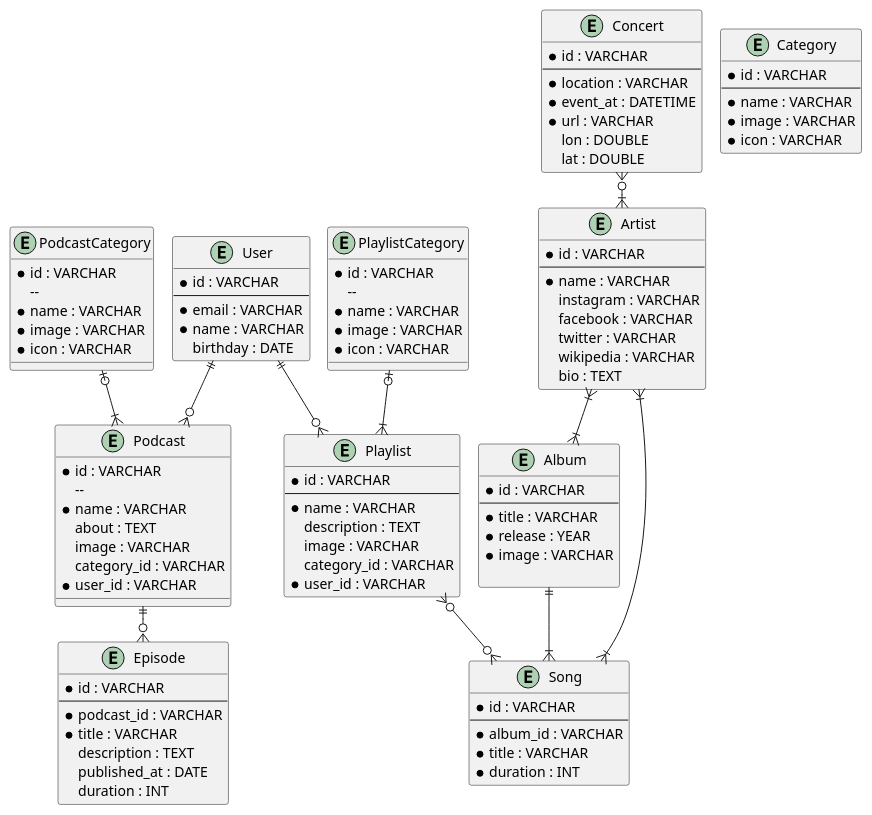
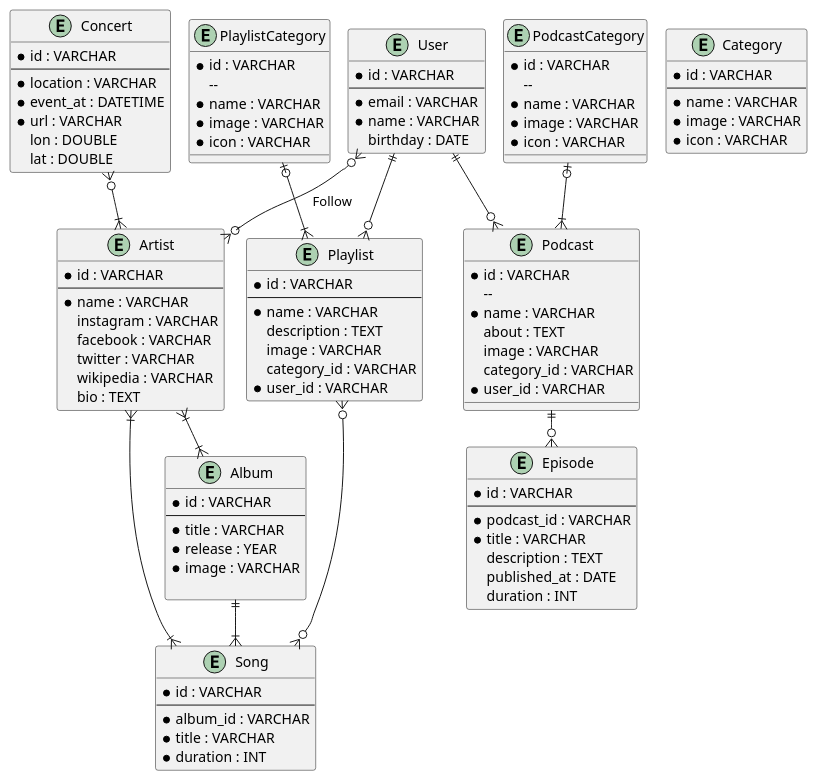
The diagram in spotify.puml (fkresna23/database-design-spotify), drawn with PlantUML before and after one commit.

Commit message:
Relasi Entity Follow Artist

```diff
--- a/spotify.puml
+++ b/spotify.puml
@@ -1,118 +1,120 @@
 @startuml
 !pragma layout smetana
 entity Artist {
     * id : VARCHAR
     --
     * name : VARCHAR
     instagram : VARCHAR
     facebook : VARCHAR
     twitter : VARCHAR
     wikipedia : VARCHAR
     bio : TEXT
 }
 
 entity Album {
     * id : VARCHAR
     --
     * title : VARCHAR
     * release : YEAR
     * image : VARCHAR
 
 }
 
 entity Song {
     * id : VARCHAR
     --
     * album_id : VARCHAR
     * title : VARCHAR
     * duration : INT
 }
 
 entity Category {
     * id : VARCHAR
     --
     * name : VARCHAR
     * image : VARCHAR
     * icon : VARCHAR
 }
 
 entity Playlist {
     * id : VARCHAR
     --
     * name : VARCHAR
     description : TEXT
     image : VARCHAR
     category_id : VARCHAR
     * user_id : VARCHAR
 }
 
 entity PlaylistCategory {
      * id : VARCHAR
         --
      * name : VARCHAR
      * image : VARCHAR
      * icon : VARCHAR
 }
 
 entity PodcastCategory {
      * id : VARCHAR
         --
      * name : VARCHAR
      * image : VARCHAR
      * icon : VARCHAR
 }
 
 entity Podcast {
     * id : VARCHAR
         --
     * name : VARCHAR
     about : TEXT
     image : VARCHAR
     category_id : VARCHAR
     * user_id : VARCHAR
 }
 
 entity Episode {
     * id : VARCHAR
     --
     * podcast_id : VARCHAR
     * title : VARCHAR
     description : TEXT
     published_at : DATE
     duration : INT
 }
 
 entity User {
     * id : VARCHAR
     --
     * email : VARCHAR
     * name : VARCHAR
     birthday : DATE
 }
 
 entity Concert {
     * id : VARCHAR
     --
     * location : VARCHAR
     * event_at : DATETIME
     * url : VARCHAR
     lon : DOUBLE
     lat : DOUBLE
 }
 
 Artist }|--|{ Album
 
 Album ||--|{ Song
 Artist }|--|{ Song
 
 PlaylistCategory |o--|{ Playlist
 User ||--o{ Playlist
 Playlist }o--o{ Song
 
 PodcastCategory |o--|{ Podcast
 User ||--o{ Podcast
 
 Podcast ||--o{ Episode
 
 Concert }o--|{ Artist
+
+User }o--o{ Artist : Follow
 @enduml
```
